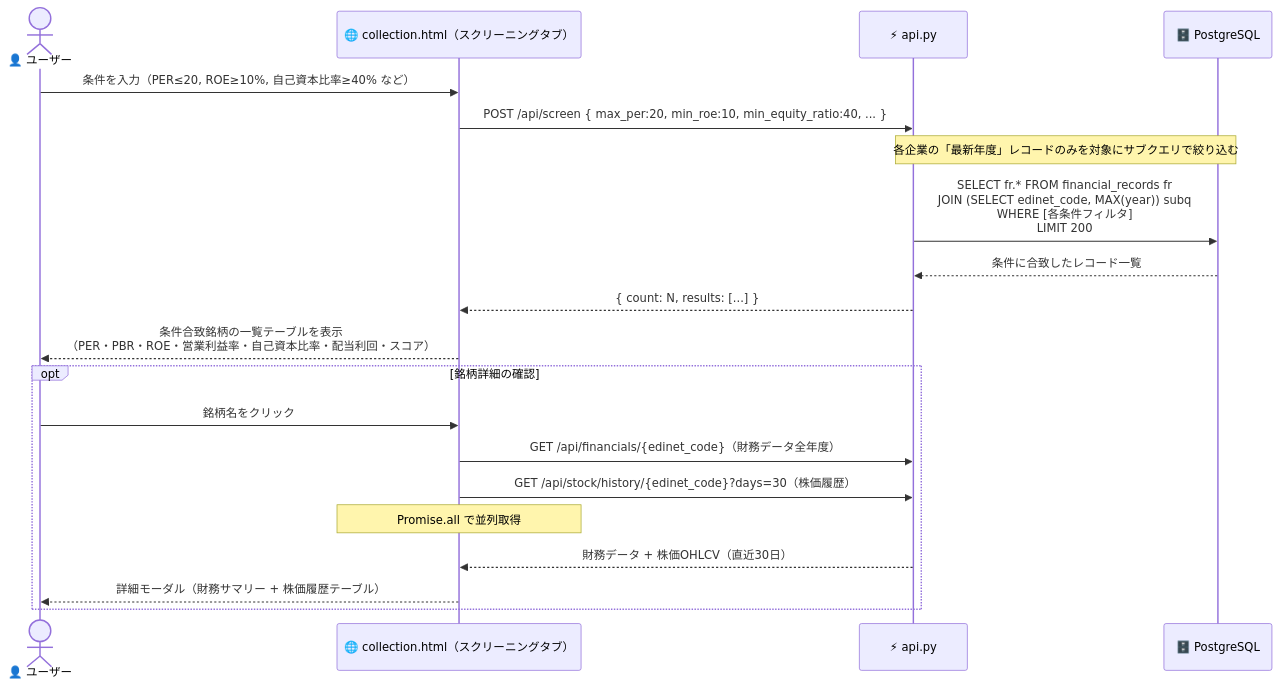
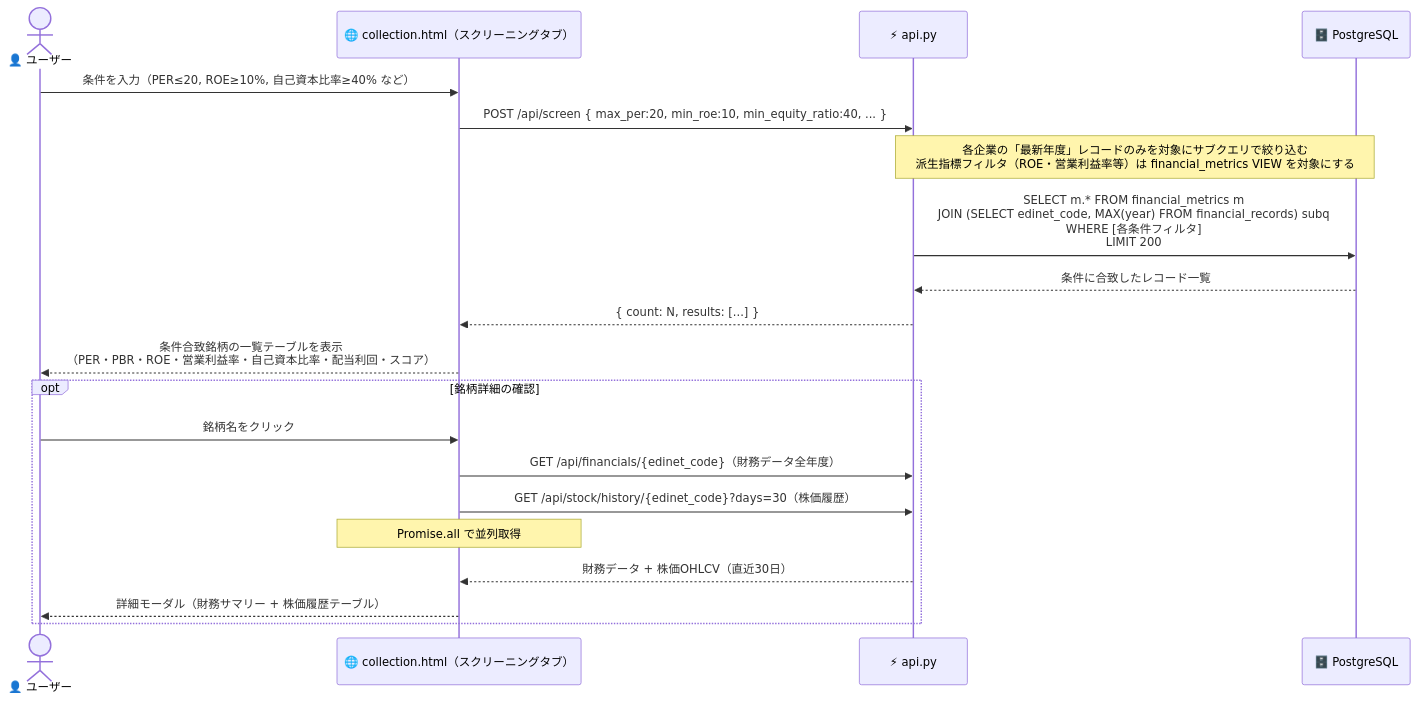
The seventh of 12 diagrams in docs/ARCHITECTURE.md (kome-kome/financial_app), drawn with Mermaid before and after one commit. The commit also changed other lines of this file and 16 other files, not shown here.

First line of the commit message:
refactor(db): 計算結果と生データをDB分離（financial_metrics VIEW）＋ローカル/Render実行最適化

````diff
--- a/docs/ARCHITECTURE.md
+++ b/docs/ARCHITECTURE.md
@@ -464,26 +482,26 @@
 ```mermaid
 sequenceDiagram
     actor       User  as 👤 ユーザー
     participant UI    as 🌐 collection.html（スクリーニングタブ）
     participant API   as ⚡ api.py
     participant DB    as 🗄️ PostgreSQL
 
     User ->> UI  : 条件を入力（PER≤20, ROE≥10%, 自己資本比率≥40% など）
     UI   ->> API : POST /api/screen { max_per:20, min_roe:10, min_equity_ratio:40, ... }
 
-    Note over API,DB: 各企業の「最新年度」レコードのみを対象にサブクエリで絞り込む
-    API  ->> DB  : SELECT fr.* FROM financial_records fr<br/>JOIN (SELECT edinet_code, MAX(year)) subq<br/>WHERE [各条件フィルタ]<br/>LIMIT 200
+    Note over API,DB: 各企業の「最新年度」レコードのみを対象にサブクエリで絞り込む<br/>派生指標フィルタ（ROE・営業利益率等）は financial_metrics VIEW を対象にする
+    API  ->> DB  : SELECT m.* FROM financial_metrics m<br/>JOIN (SELECT edinet_code, MAX(year) FROM financial_records) subq<br/>WHERE [各条件フィルタ]<br/>LIMIT 200
     DB  -->> API : 条件に合致したレコード一覧
 
     API -->> UI  : { count: N, results: [...] }
     UI  -->> User: 条件合致銘柄の一覧テーブルを表示<br/>（PER・PBR・ROE・営業利益率・自己資本比率・配当利回・スコア）
 
     opt 銘柄詳細の確認
         User ->> UI  : 銘柄名をクリック
         UI   ->> API : GET /api/financials/{edinet_code}（財務データ全年度）
         UI   ->> API : GET /api/stock/history/{edinet_code}?days=30（株価履歴）
         Note over UI: Promise.all で並列取得
         API -->> UI  : 財務データ + 株価OHLCV（直近30日）
         UI  -->> User: 詳細モーダル（財務サマリー + 株価履歴テーブル）
     end
 ```
````
